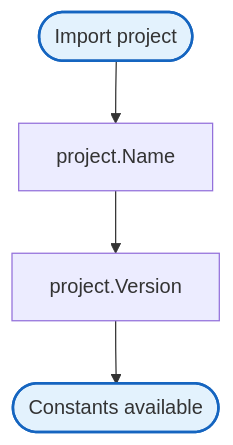
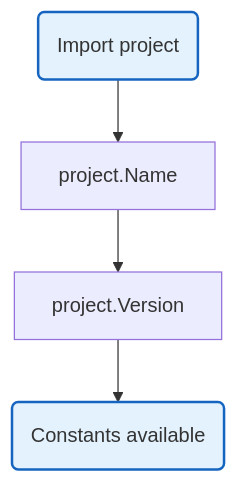
The diagram in docs/internal/project.md (radch-ai/ava), drawn with Mermaid before and after one commit. The commit also changed 24 other files, not shown here.

First line of the commit message:
fix(docs): fix mermaid syntax errors in all diagrams

````diff
--- a/docs/internal/project.md
+++ b/docs/internal/project.md
@@ -7,10 +7,10 @@
 ```mermaid
 flowchart TB
-    Start(["Import project"]) --> AccessName["project.Name"]
+    Start("Import project") --> AccessName["project.Name"]
     AccessName --> AccessVersion["project.Version"]
-    AccessVersion --> Done(["Constants available"])
+    AccessVersion --> Done("Constants available")
 
     classDef mainFn fill:#e3f2fd,stroke:#1565c0,stroke-width:2px
     class Start,Done mainFn
     class AccessName,AccessVersion internalFn
 ```
````
